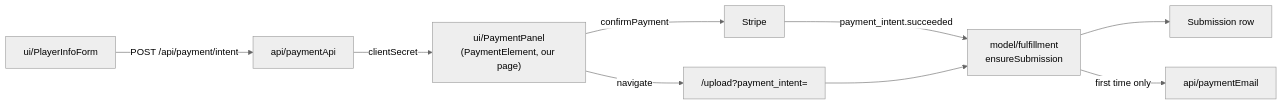
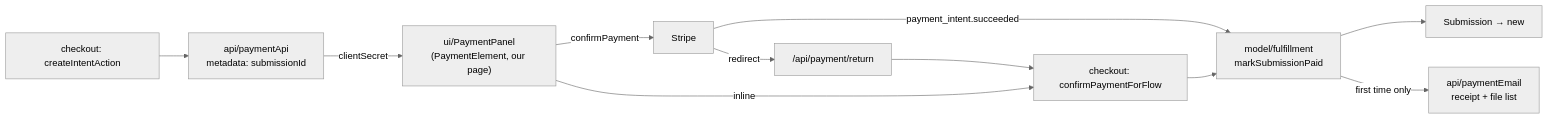
Before and after one commit to aaronjwylie/baseballcoach: the diagram in src/domains/payment/_PaymentDocumentation.md, drawn with Mermaid (neutral theme). The commit also changed other lines of this file and 96 other files, not shown here.

````diff
--- a/src/domains/payment/_PaymentDocumentation.md
+++ b/src/domains/payment/_PaymentDocumentation.md
@@ -14,11 +15,13 @@
 ```mermaid
 flowchart LR
-    INFO["ui/PlayerInfoForm"] -->|"POST /api/payment/intent"| API["api/paymentApi"]
+    CO["checkout: createIntentAction"] --> API["api/paymentApi<br/>metadata: submissionId"]
     API -->|"clientSecret"| PAY["ui/PaymentPanel<br/>(PaymentElement, our page)"]
     PAY -->|"confirmPayment"| STRIPE["Stripe"]
-    STRIPE -->|"payment_intent.succeeded"| FUL["model/fulfillment<br/>ensureSubmission"]
-    PAY -->|"navigate"| UPL["/upload?payment_intent="]
-    UPL --> FUL
-    FUL --> SUB["Submission row"]
-    FUL -->|"first time only"| MAIL["api/paymentEmail"]
+    STRIPE -->|"payment_intent.succeeded"| FUL["model/fulfillment<br/>markSubmissionPaid"]
+    PAY -->|"inline"| CONF["checkout: confirmPaymentForFlow"]
+    STRIPE -->|"redirect"| RET["/api/payment/return"]
+    RET --> CONF
+    CONF --> FUL
+    FUL --> SUB["Submission → new"]
+    FUL -->|"first time only"| MAIL["api/paymentEmail<br/>receipt + file list"]
 ```
````
